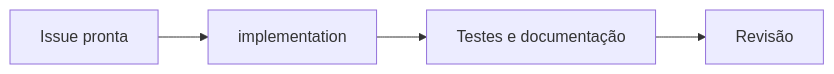
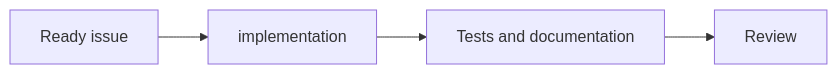
The first of 3 diagrams in docs/routing.md (placerda/agentic-engineering), drawn with Mermaid before and after one commit. The commit also changed other lines of this file and 36 other files, not shown here.

````diff
--- a/docs/routing.md
+++ b/docs/routing.md
@@ -38,6 +38,6 @@
 ```mermaid
 flowchart LR
-  Issue[Issue pronta] --> Implementation[implementation]
-  Implementation --> Evidence[Testes e documentação]
-  Evidence --> Review[Revisão]
+  Issue[Ready issue] --> Implementation[implementation]
+  Implementation --> Evidence[Tests and documentation]
+  Evidence --> Review[Review]
 ```
````
